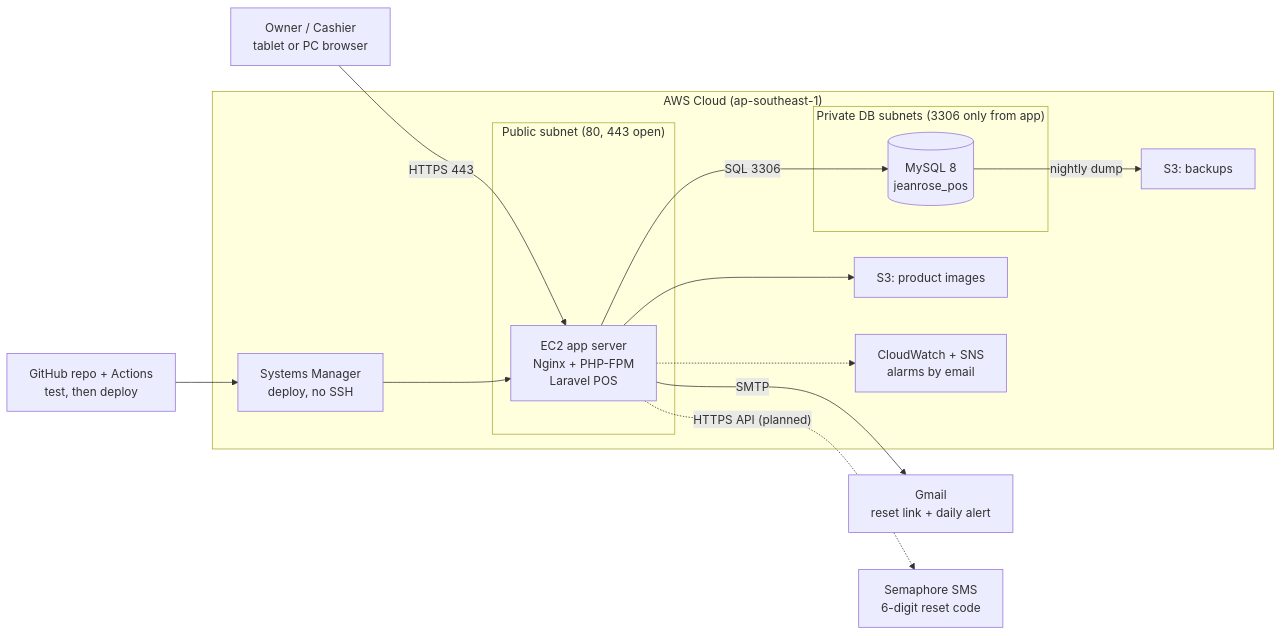
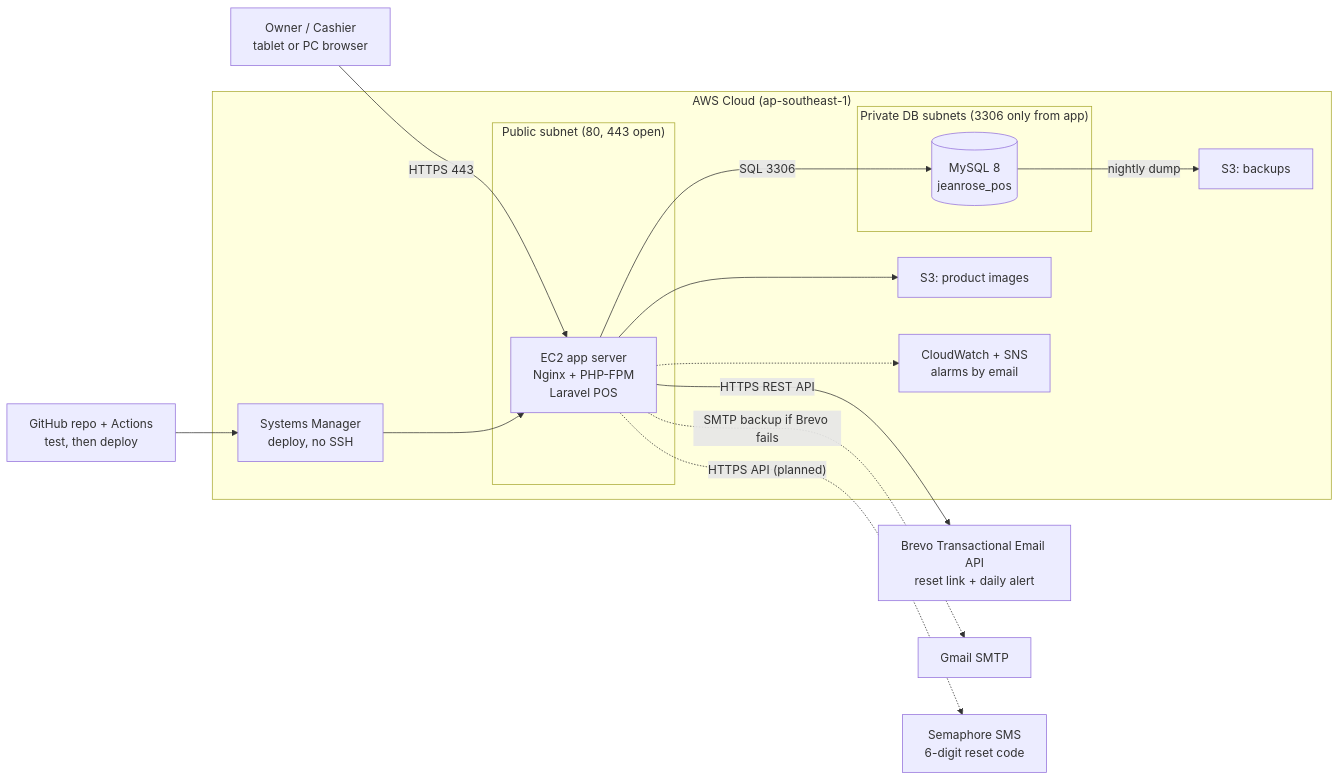
One commit to jericcontadan/Jean-Rose-POS-and-Inventory-Management-System_SAD changed the first of 2 diagrams in docs/08-architecture.md. Above: the diagram before and after it, drawn with Mermaid. The commit also changed other lines of this file and 15 other files, not shown here.

Commit message:
Add Brevo email API with Gmail SMTP fallback

````diff
--- a/docs/08-architecture.md
+++ b/docs/08-architecture.md
@@ -8,24 +8,25 @@
 ```mermaid
 flowchart LR
   U["Owner / Cashier<br/>tablet or PC browser"] -->|HTTPS 443| N
   subgraph AWS["AWS Cloud (ap-southeast-1)"]
     subgraph PUB["Public subnet (80, 443 open)"]
       N["EC2 app server<br/>Nginx + PHP-FPM<br/>Laravel POS"]
     end
     subgraph PRIV["Private DB subnets (3306 only from app)"]
       DB[("MySQL 8<br/>jeanrose_pos")]
     end
     S3A["S3: product images"]
     S3B["S3: backups"]
     SSM["Systems Manager<br/>deploy, no SSH"]
     CW["CloudWatch + SNS<br/>alarms by email"]
   end
   N -->|SQL 3306| DB
   N --> S3A
   DB -->|nightly dump| S3B
   SSM --> N
   N -.-> CW
-  N -->|SMTP| GM["Gmail<br/>reset link + daily alert"]
+  N -->|"HTTPS REST API"| BR["Brevo Transactional Email API<br/>reset link + daily alert"]
+  N -.->|"SMTP backup if Brevo fails"| GM["Gmail SMTP"]
   N -.->|"HTTPS API (planned)"| SMS["Semaphore SMS<br/>6-digit reset code"]
   GH["GitHub repo + Actions<br/>test, then deploy"] --> SSM
 ```
````
